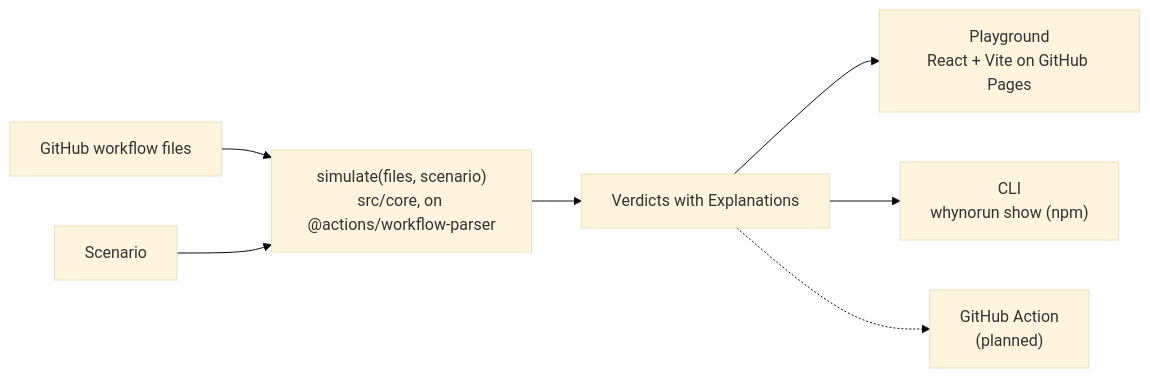
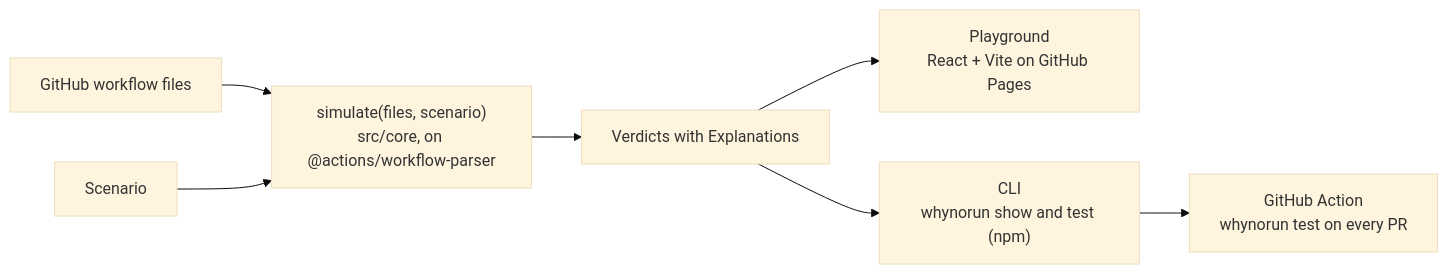
Before and after one commit to KunalKumarMehta/Term-5-end-project: the diagram in README.md, drawn with Mermaid (base theme). The commit also changed other lines of this file and 62 other files, not shown here.

````diff
--- a/README.md
+++ b/README.md
@@ -79,9 +85,9 @@
 ```mermaid
 flowchart LR
   files["GitHub workflow files"] --> core
   scenario["Scenario"] --> core
   core["simulate(files, scenario)<br/>src/core, on @actions/workflow-parser"] --> verdicts["Verdicts with Explanations"]
   verdicts --> playground["Playground<br/>React + Vite on GitHub Pages"]
-  verdicts --> cli["CLI<br/>whynorun show (npm)"]
-  verdicts -.-> action["GitHub Action<br/>(planned)"]
+  verdicts --> cli["CLI<br/>whynorun show and test (npm)"]
+  cli --> action["GitHub Action<br/>whynorun test on every PR"]
 ```
````
